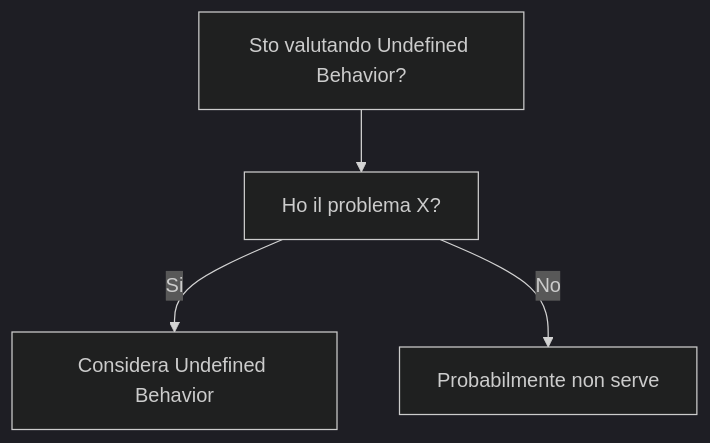
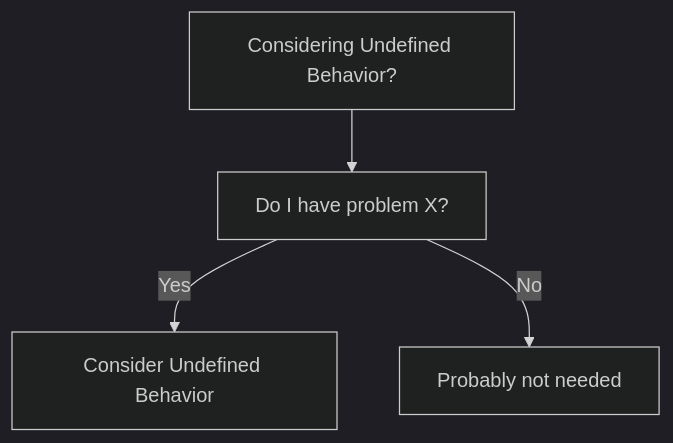
Before and after one commit to HxT9/Software-Dev-Wiki: the diagram in dev-wiki/14_Languages/C/Undefined_Behavior/When_To_Use.md, drawn with Mermaid (dark theme). The commit also changed other lines of this file and 3444 other files, not shown here.

````diff
--- a/dev-wiki/14_Languages/C/Undefined_Behavior/When_To_Use.md
+++ b/dev-wiki/14_Languages/C/Undefined_Behavior/When_To_Use.md
@@ -19,6 +19,6 @@
 ```mermaid
 flowchart TD
-  Q[Sto valutando Undefined Behavior?] --> Q1[Ho il problema X?]
-  Q1 -->|Si| OK[Considera Undefined Behavior]
-  Q1 -->|No| NO[Probabilmente non serve]
+  Q[Considering Undefined Behavior?] --> Q1[Do I have problem X?]
+  Q1 -->|Yes| OK[Consider Undefined Behavior]
+  Q1 -->|No| NO[Probably not needed]
 ```
````
